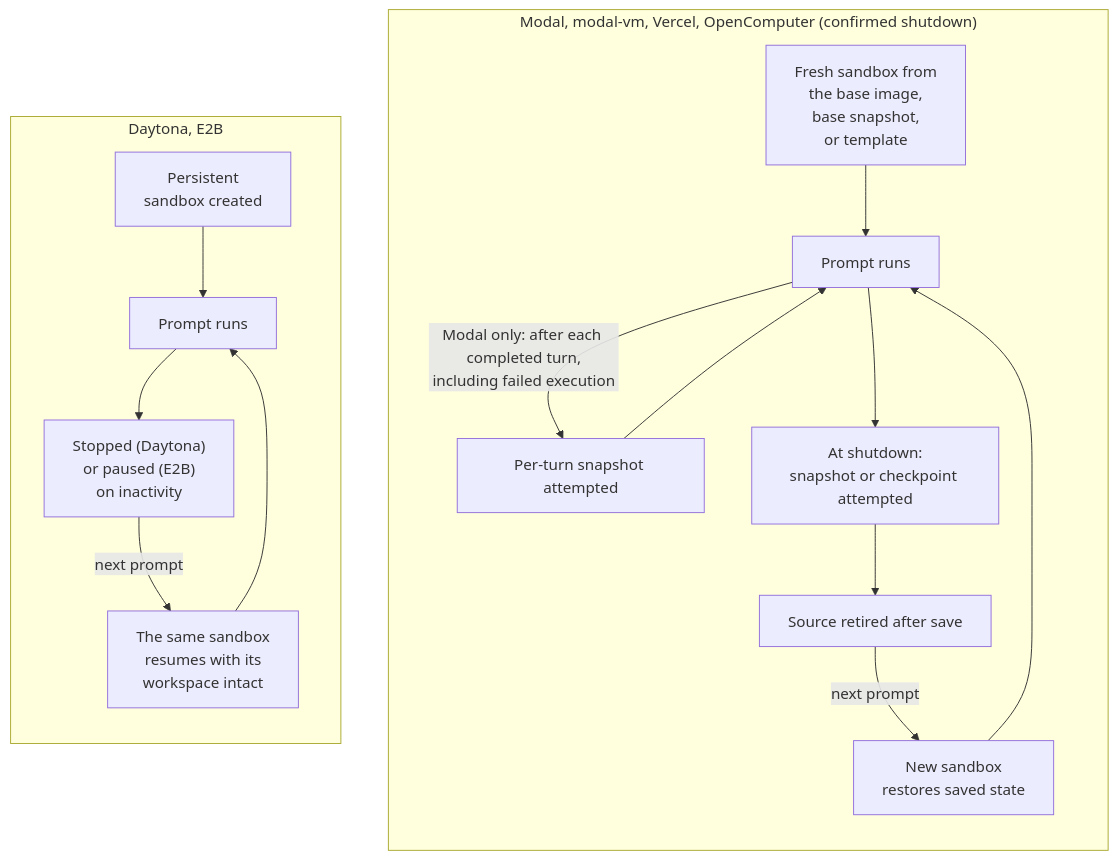
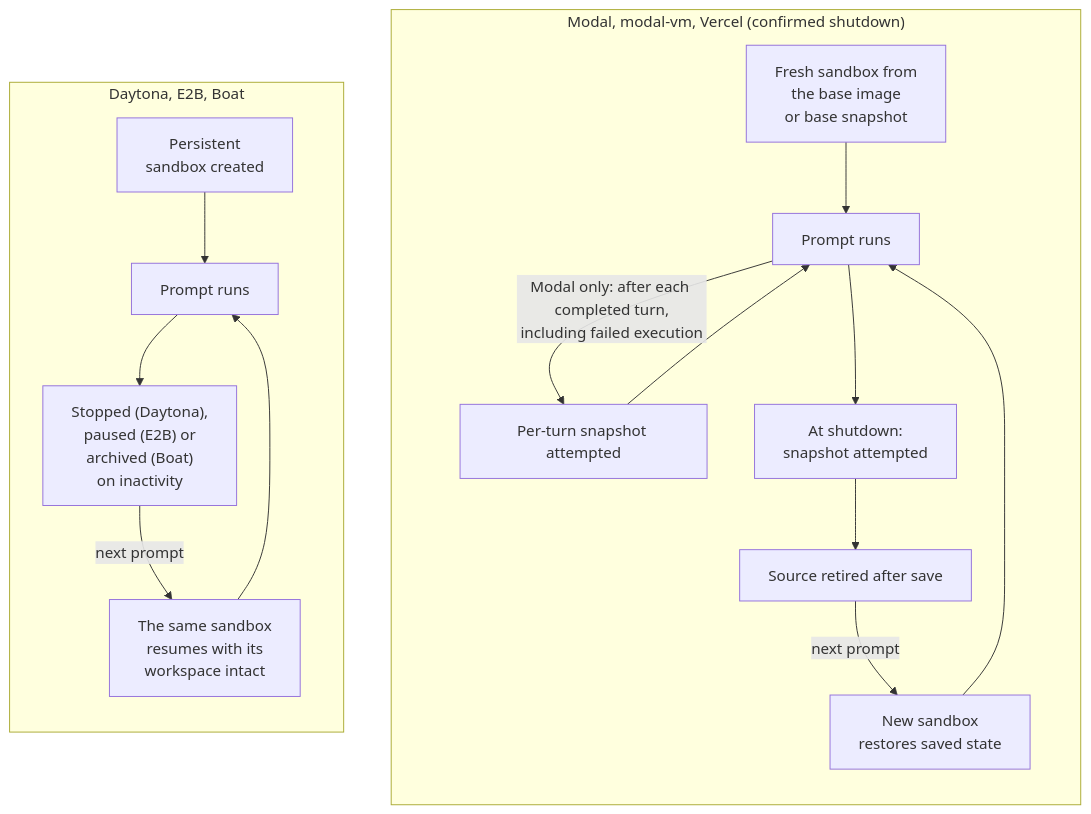
Before and after one commit to LarsBuur/background-agents: the diagram in packages/docs/content/docs/configure/sandbox-providers.mdx, drawn with Mermaid. The commit also changed other lines of this file and 1965 other files, not shown here.

````diff
--- a/packages/docs/content/docs/configure/sandbox-providers.mdx
+++ b/packages/docs/content/docs/configure/sandbox-providers.mdx
@@ -43,21 +44,21 @@
 ```mermaid
 flowchart TB
     accTitle: Snapshot-based providers compared with persistent providers
-    subgraph snap["Modal, modal-vm, Vercel, OpenComputer (confirmed shutdown)"]
+    subgraph snap["Modal, modal-vm, Vercel (confirmed shutdown)"]
         direction TB
-        s1["Fresh sandbox from<br/>the base image,<br/>base snapshot,<br/>or template"] --> s2["Prompt runs"]
+        s1["Fresh sandbox from<br/>the base image<br/>or base snapshot"] --> s2["Prompt runs"]
         s2 -- "Modal only: after each completed turn,<br/>including failed execution" --> st["Per-turn snapshot attempted"]
         st --> s2
-        s2 --> s3["At shutdown:<br/>snapshot or checkpoint attempted"]
+        s2 --> s3["At shutdown:<br/>snapshot attempted"]
         s3 --> s4["Source retired after save"]
         s4 -- "next prompt" --> s5["New sandbox<br/>restores saved state"]
         s5 --> s2
     end
-    subgraph persist["Daytona, E2B"]
+    subgraph persist["Daytona, E2B, Boat"]
         direction TB
         p1["Persistent<br/>sandbox created"] --> p2["Prompt runs"]
-        p2 --> p3["Stopped (Daytona)<br/>or paused (E2B)<br/>on inactivity"]
+        p2 --> p3["Stopped (Daytona),<br/>paused (E2B) or<br/>archived (Boat)<br/>on inactivity"]
         p3 -- "next prompt" --> p4["The same sandbox<br/>resumes with its<br/>workspace intact"]
         p4 --> p2
     end
 ```
````
